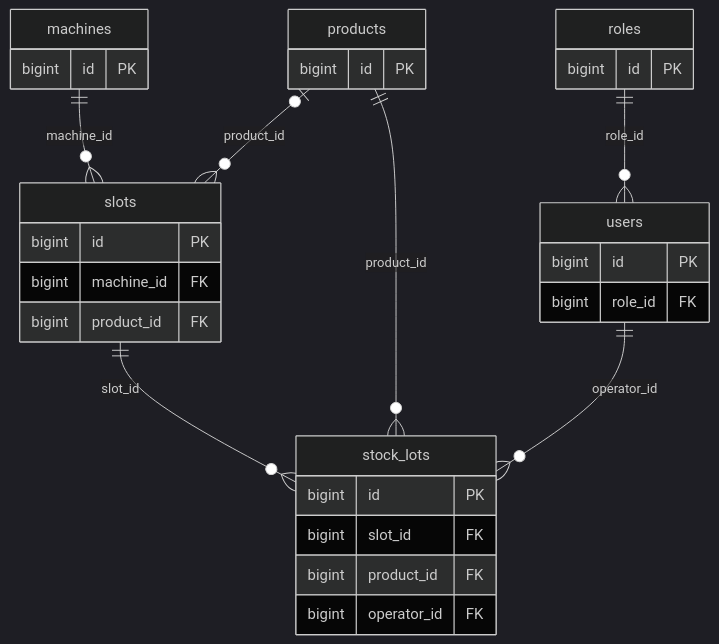
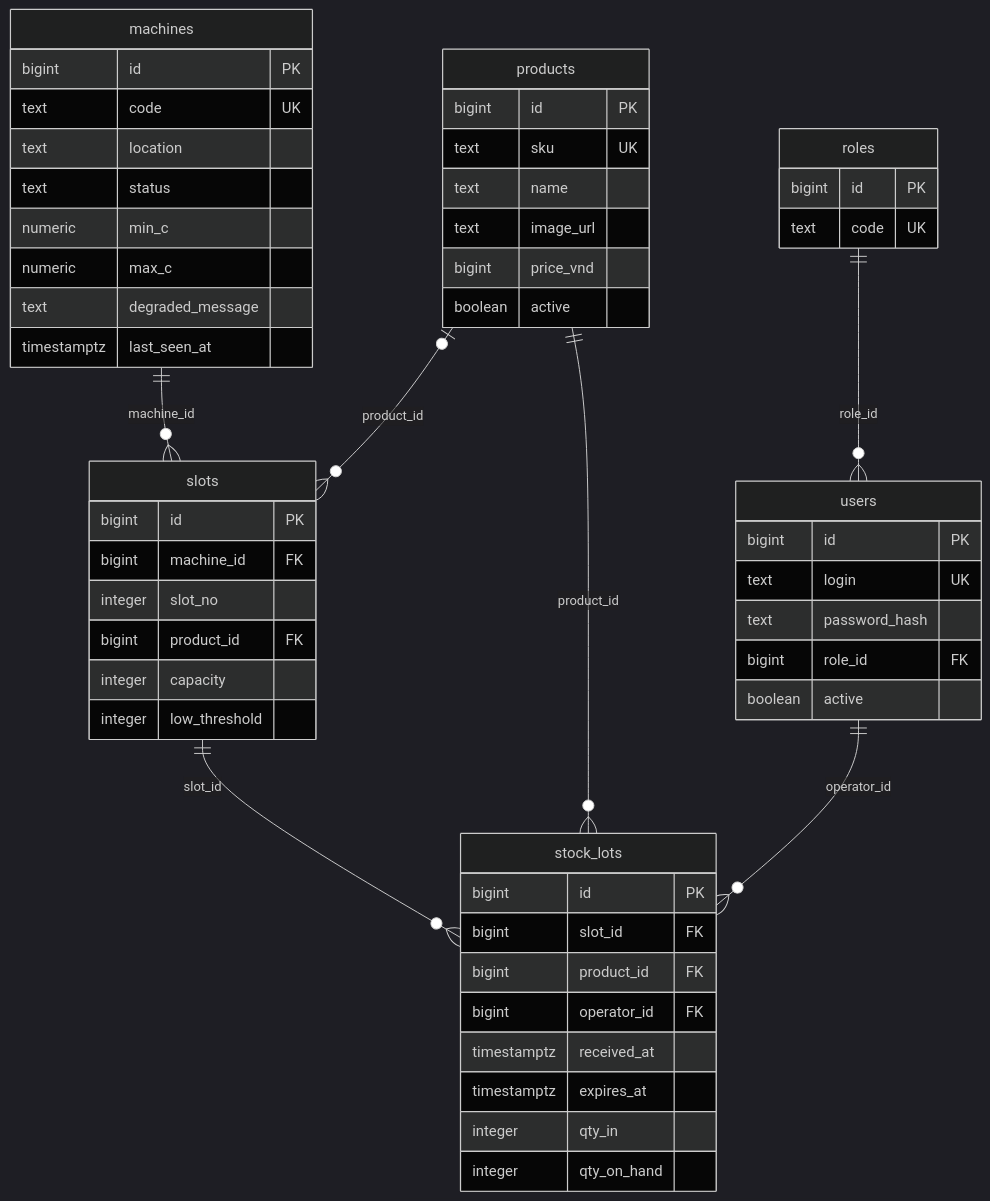
The first of 3 diagrams in 04_Database-Design.md (huyendt9315-beep/Lap-trinh-java), drawn with Mermaid (dark theme) before and after one commit. The commit also changed other lines of this file, not shown here.

````diff
--- a/04_Database-Design.md
+++ b/04_Database-Design.md
@@ -210,34 +211,57 @@
 ```mermaid
 erDiagram
     roles {
         bigint id PK
+        text code UK
     }
     users {
         bigint id PK
+        text login UK
+        text password_hash
         bigint role_id FK
+        boolean active
     }
     machines {
         bigint id PK
+        text code UK
+        text location
+        text status
+        numeric min_c
+        numeric max_c
+        text degraded_message
+        timestamptz last_seen_at
     }
     products {
         bigint id PK
+        text sku UK
+        text name
+        text image_url
+        bigint price_vnd
+        boolean active
     }
     slots {
         bigint id PK
         bigint machine_id FK
+        integer slot_no
         bigint product_id FK
+        integer capacity
+        integer low_threshold
     }
     stock_lots {
         bigint id PK
         bigint slot_id FK
         bigint product_id FK
         bigint operator_id FK
+        timestamptz received_at
+        timestamptz expires_at
+        integer qty_in
+        integer qty_on_hand
     }
 
     roles ||--o{ users : role_id
     machines ||--o{ slots : machine_id
     products |o--o{ slots : product_id
     slots ||--o{ stock_lots : slot_id
     products ||--o{ stock_lots : product_id
     users ||--o{ stock_lots : operator_id
 ```
````
